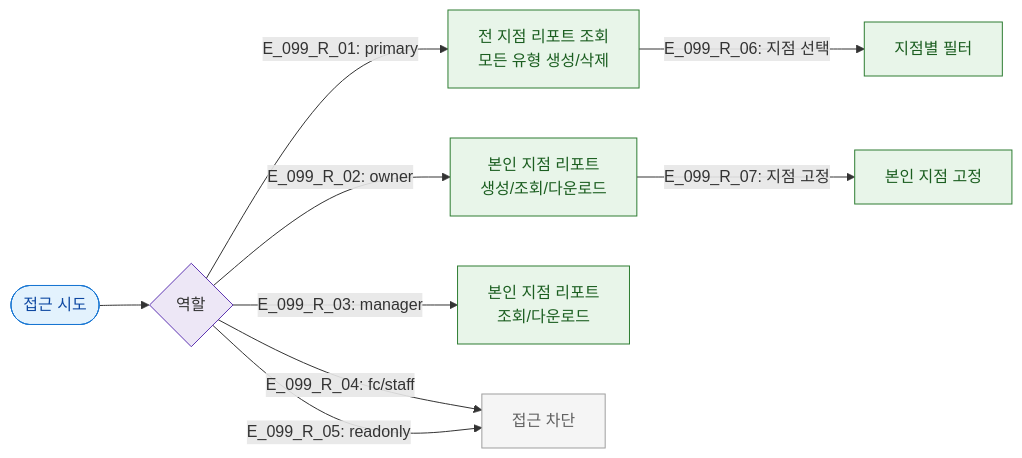
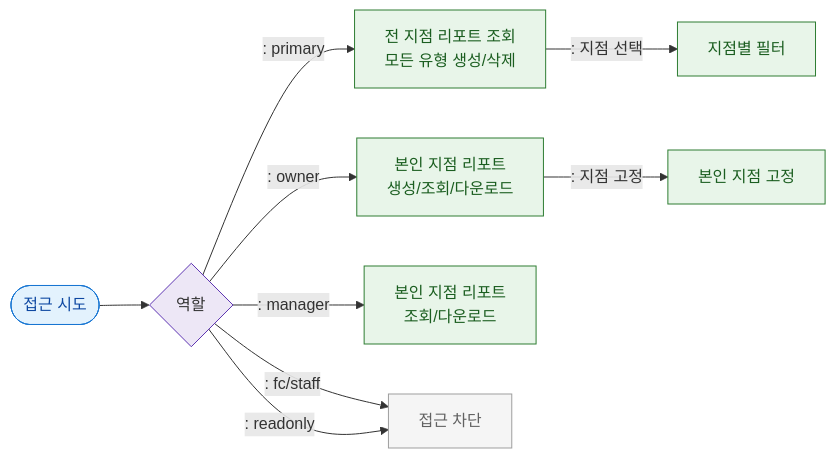
One commit to dev-spogym/admin-pando changed the diagram in docs/다이어그램/D10_본사관리/SCR-099_리포트생성/F7_권한.md. Above: the diagram before and after it, drawn with Mermaid. The commit also changed other lines of this file and 1660 other files, not shown here.

First line of the commit message:
다이어그램: 기획자/클라이언트 납품본으로 정리

````diff
--- a/docs/다이어그램/D10_본사관리/SCR-099_리포트생성/F7_권한.md
+++ b/docs/다이어그램/D10_본사관리/SCR-099_리포트생성/F7_권한.md
@@ -14,23 +12,23 @@
 ```mermaid
 flowchart LR
   Entry([접근 시도]) --> Role{역할}
 
-  Role -->|"E_099_R_01: primary"| PrimaryView[전 지점 리포트 조회\n모든 유형 생성/삭제]
-  Role -->|"E_099_R_02: owner"| OwnerView[본인 지점 리포트\n생성/조회/다운로드]
-  Role -->|"E_099_R_03: manager"| ManagerView[본인 지점 리포트\n조회/다운로드]
-  Role -->|"E_099_R_04: fc/staff"| Blocked[접근 차단]
-  Role -->|"E_099_R_05: readonly"| Blocked
+  Role -->|": primary"|PrimaryView[전 지점 리포트 조회\n모든 유형 생성/삭제]
+  Role -->|": owner"|OwnerView[본인 지점 리포트\n생성/조회/다운로드]
+  Role -->|": manager"|ManagerView[본인 지점 리포트\n조회/다운로드]
+  Role -->|": fc/staff"|Blocked[접근 차단]
+  Role -->|": readonly"|Blocked
 
-  PrimaryView -->|"E_099_R_06: 지점 선택"| BranchSelect[지점별 필터]
-  OwnerView -->|"E_099_R_07: 지점 고정"| OwnBranch[본인 지점 고정]
+  PrimaryView -->|": 지점 선택"|BranchSelect[지점별 필터]
+  OwnerView -->|": 지점 고정"|OwnBranch[본인 지점 고정]
 
   classDef screen fill:#E3F2FD,stroke:#1976D2,color:#0D47A1
   classDef system fill:#EDE7F6,stroke:#5E35B2
   classDef success fill:#E8F5E9,stroke:#2E7D32,color:#1B5E20
   classDef rbacBlocked fill:#F5F5F5,stroke:#9E9E9E,color:#616161
 
   class Entry screen
   class Role system
   class PrimaryView,OwnerView,ManagerView,BranchSelect,OwnBranch success
   class Blocked rbacBlocked
 ```
````
